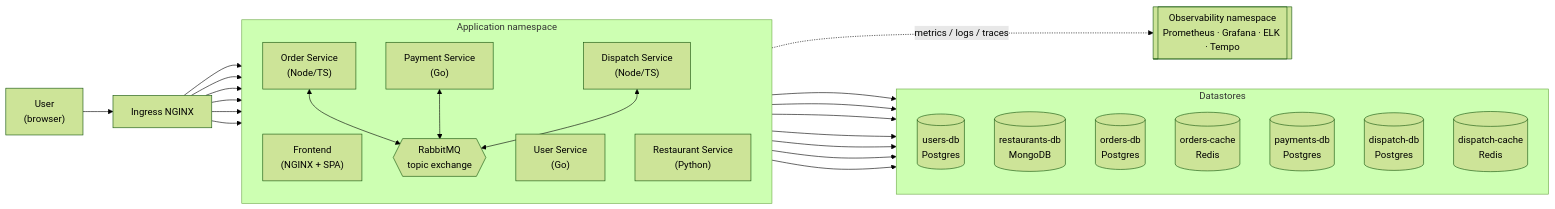
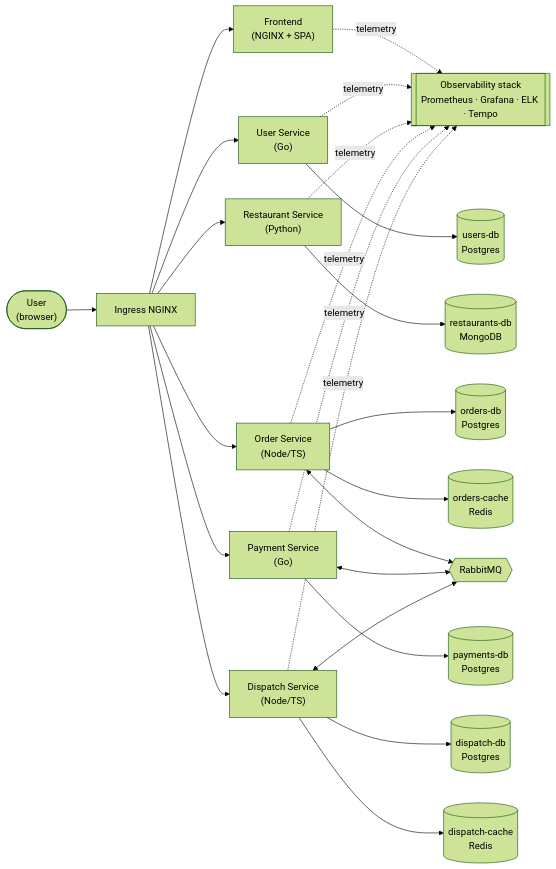
Before and after one commit to ThePainTester/food-delivery: the first of 8 diagrams in README.md, drawn with Mermaid (forest theme). The commit also changed other lines of this file, not shown here.

````diff
--- a/README.md
+++ b/README.md
@@ -29,41 +29,25 @@
 ```mermaid
 flowchart LR
-  user["User<br/>(browser)"] --> ing["Ingress NGINX"]
+  user(["User<br/>(browser)"]) --> ing["Ingress NGINX"]
 
-  subgraph apps ["Application namespace"]
-    direction TB
-    fe["Frontend<br/>(NGINX + SPA)"]
-    us["User Service<br/>(Go)"]
-    rs["Restaurant Service<br/>(Python)"]
-    os["Order Service<br/>(Node/TS)"]
-    ps["Payment Service<br/>(Go)"]
-    ds["Dispatch Service<br/>(Node/TS)"]
-    rabbit{{"RabbitMQ<br/>topic exchange"}}
-  end
+  ing --> fe["Frontend<br/>(NGINX + SPA)"]
+  ing --> us["User Service<br/>(Go)"]
+  ing --> rs["Restaurant Service<br/>(Python)"]
+  ing --> os["Order Service<br/>(Node/TS)"]
+  ing --> ps["Payment Service<br/>(Go)"]
+  ing --> ds["Dispatch Service<br/>(Node/TS)"]
 
-  ing --> fe & us & rs & os & ps & ds
+  us --> usdb[("users-db<br/>Postgres")]
+  rs --> rsdb[("restaurants-db<br/>MongoDB")]
+  os --> osdb[("orders-db<br/>Postgres")]
+  os --> orc[("orders-cache<br/>Redis")]
+  ps --> psdb[("payments-db<br/>Postgres")]
+  ds --> dsdb[("dispatch-db<br/>Postgres")]
+  ds --> dsc[("dispatch-cache<br/>Redis")]
 
-  os <--> rabbit
-  ps <--> rabbit
-  ds <--> rabbit
+  os <--> mq{{"RabbitMQ"}}
+  ps <--> mq
+  ds <--> mq
 
-  subgraph data ["Datastores"]
-    direction TB
-    usdb[("users-db<br/>Postgres")]
-    rsdb[("restaurants-db<br/>MongoDB")]
-    osdb[("orders-db<br/>Postgres")]
-    cache[("orders-cache<br/>Redis")]
-    psdb[("payments-db<br/>Postgres")]
-    dsdb[("dispatch-db<br/>Postgres")]
-    dscache[("dispatch-cache<br/>Redis")]
-  end
-
-  us --> usdb
-  rs --> rsdb
-  os --> osdb & cache
-  ps --> psdb
-  ds --> dsdb & dscache
-
-  obs[["Observability namespace<br/>Prometheus · Grafana · ELK · Tempo"]]
-  apps -. metrics / logs / traces .-> obs
+  fe & us & rs & os & ps & ds -. telemetry .-> obs[["Observability stack<br/>Prometheus · Grafana · ELK · Tempo"]]
 ```
````
